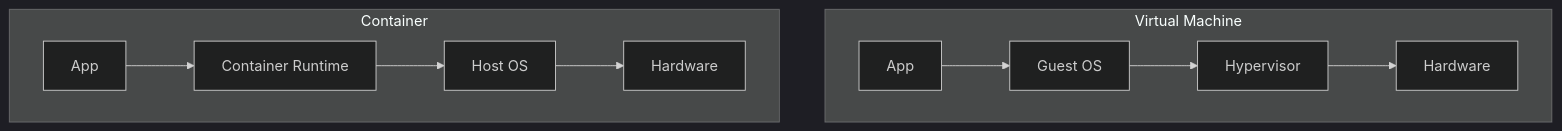
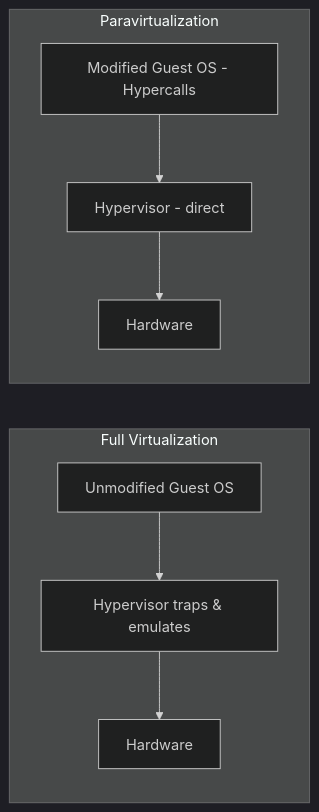
Before and after one commit to vanos001/placement_prep: the fifth of 6 diagrams in src/cloud/virtualization/hypervisors.md, drawn with Mermaid (dark theme). The commit also changed other lines of this file and 6 other files, not shown here.

````diff
--- a/src/cloud/virtualization/hypervisors.md
+++ b/src/cloud/virtualization/hypervisors.md
@@ -135,10 +193,12 @@
 ```mermaid
-graph TD
-    subgraph VM[Virtual Machine]
-        APP_VM[App] --> GUEST_OS[Guest OS] --> HYPERVISOR[Hypervisor] --> HOST_HW[Hardware]
+graph LR
+    subgraph "Full Virtualization"
+        FV_G[Unmodified Guest OS] --> FV_H[Hypervisor traps & emulates]
+        FV_H --> FV_HW[Hardware]
     end
 
-    subgraph CONTAINER[Container]
-        APP_CONT[App] --> CONTAINER_RT[Container Runtime] --> HOST_OS2[Host OS] --> HOST_HW2[Hardware]
+    subgraph "Paravirtualization"
+        PV_G[Modified Guest OS - Hypercalls] --> PV_H[Hypervisor - direct]
+        PV_H --> PV_HW[Hardware]
     end
 ```
````
